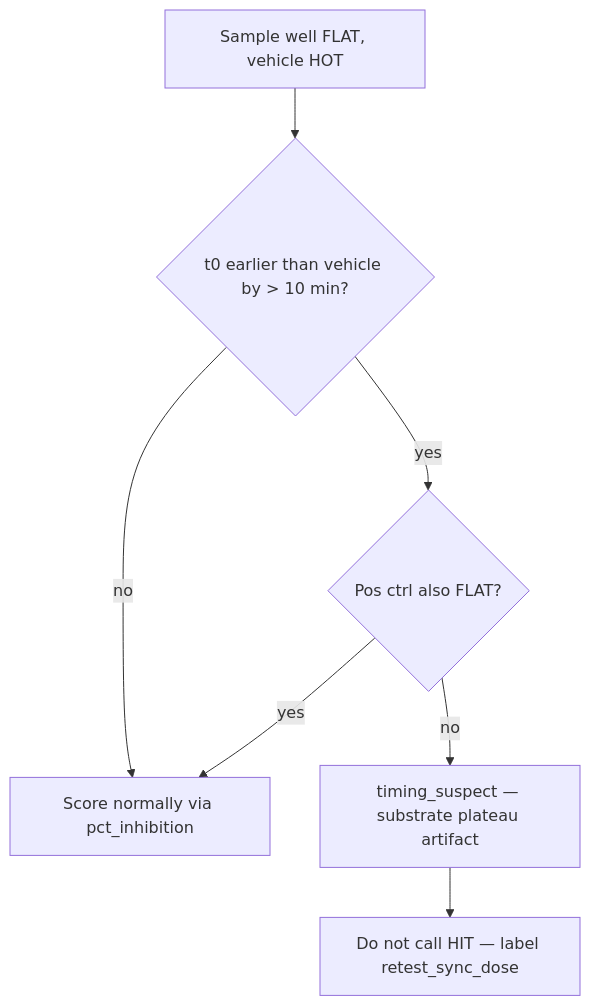
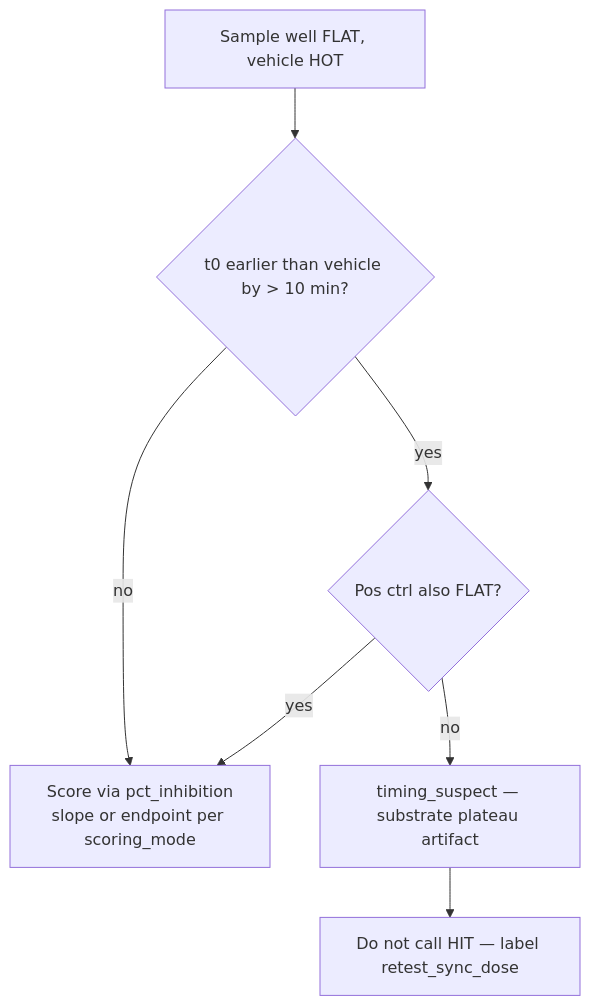
Before and after one commit to pvjthomas/beta-loop: the fifth of 7 diagrams in pvjthomas/runs/2/v5/run2_decision_tree.md, drawn with Mermaid. The commit also changed other lines of this file and 37 other files, not shown here.

First line of the commit message:
Add endpoint fallback scoring and version Run 2 post-run analysis as v1/v2.

````diff
--- a/pvjthomas/runs/2/v5/run2_decision_tree.md
+++ b/pvjthomas/runs/2/v5/run2_decision_tree.md
@@ -284,9 +322,9 @@
 ```mermaid
 flowchart TD
     S[Sample well FLAT, vehicle HOT] --> T{t0 earlier than vehicle by &gt; 10 min?}
     T -->|yes| P{Pos ctrl also FLAT?}
-    T -->|no| SCORE[Score normally via pct_inhibition]
+    T -->|no| SCORE[Score via pct_inhibition<br/>slope or endpoint per scoring_mode]
     P -->|yes| SCORE
     P -->|no| TS[timing_suspect — substrate plateau artifact]
     TS --> RET[Do not call HIT — label retest_sync_dose]
 ```
````
